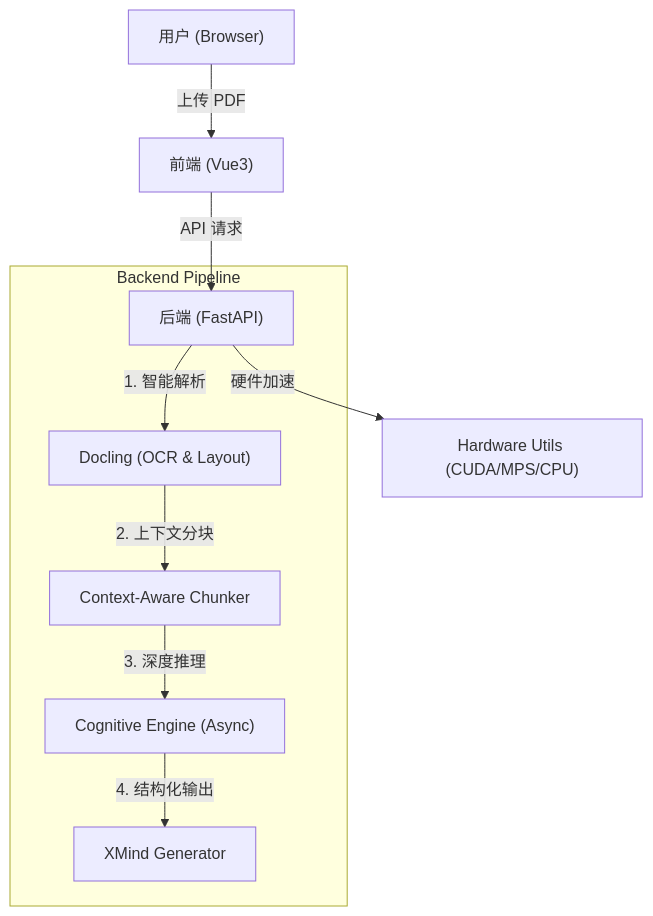
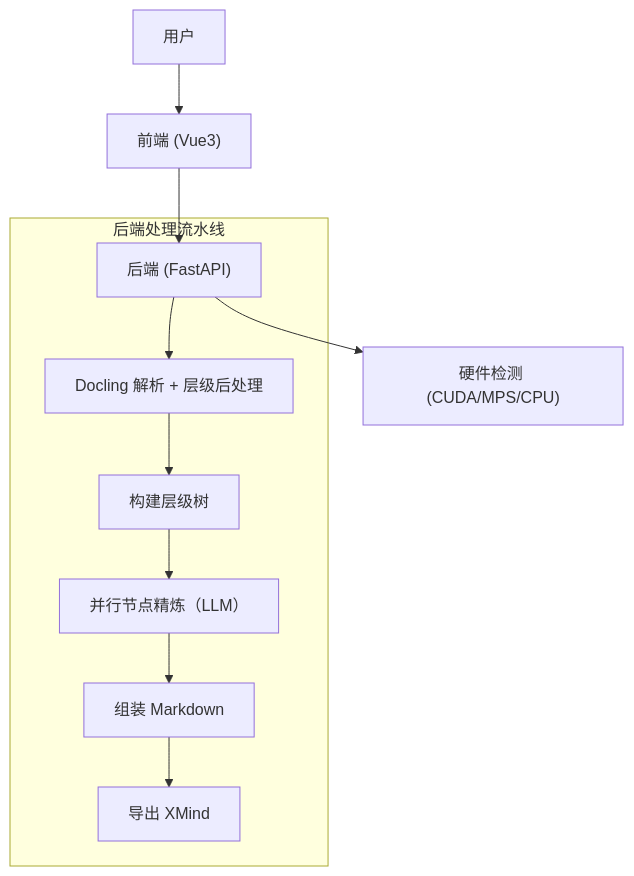
One commit to aitangmy/filesMind changed the diagram in README.zh-CN.md. Above: the diagram before and after it, drawn with Mermaid. The commit also changed other lines of this file and 5 other files, not shown here.

````diff
--- a/README.zh-CN.md
+++ b/README.zh-CN.md
@@ -159,14 +134,15 @@
 ```mermaid
 graph TD
-    User["用户 (Browser)"] -->|上传 PDF| Frontend["前端 (Vue3)"]
-    Frontend -->|API 请求| Backend["后端 (FastAPI)"]
-    
-    subgraph "Backend Pipeline"
-        Backend -->|1. 智能解析| Parser["Docling (OCR & Layout)"]
-        Parser -->|2. 上下文分块| Chunker["Context-Aware Chunker"]
-        Chunker -->|3. 深度推理| LLM["Cognitive Engine (Async)"]
-        LLM -->|4. 结构化输出| XMind["XMind Generator"]
+    U["用户"] --> F["前端 (Vue3)"]
+    F --> B["后端 (FastAPI)"]
+
+    subgraph P ["后端处理流水线"]
+      B --> D["Docling 解析 + 层级后处理"]
+      D --> T["构建层级树"]
+      T --> R["并行节点精炼（LLM）"]
+      R --> M["组装 Markdown"]
+      M --> X["导出 XMind"]
     end
-    
-    Backend -->|硬件加速| Check["Hardware Utils (CUDA/MPS/CPU)"]
+
+    B --> H["硬件检测 (CUDA/MPS/CPU)"]
 ```
````
